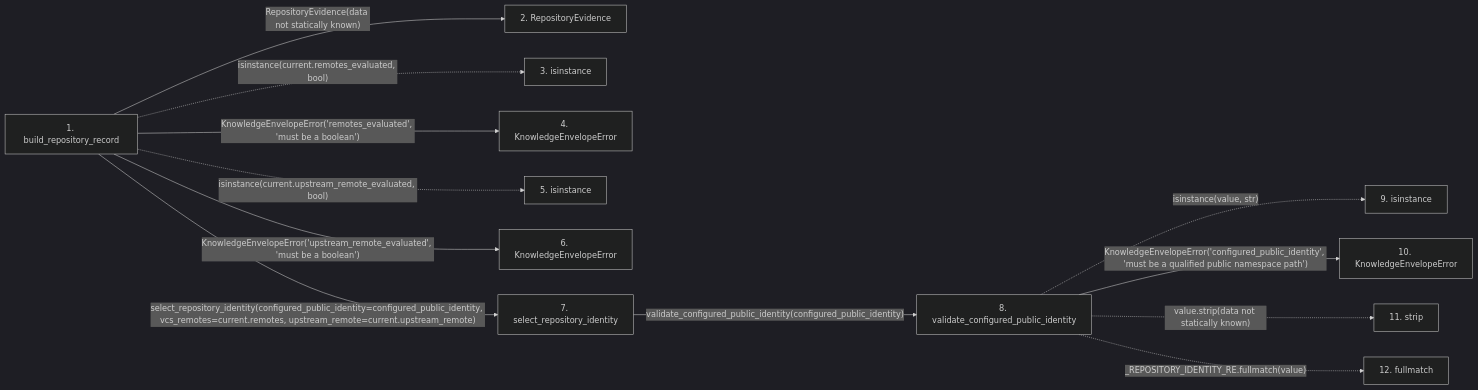
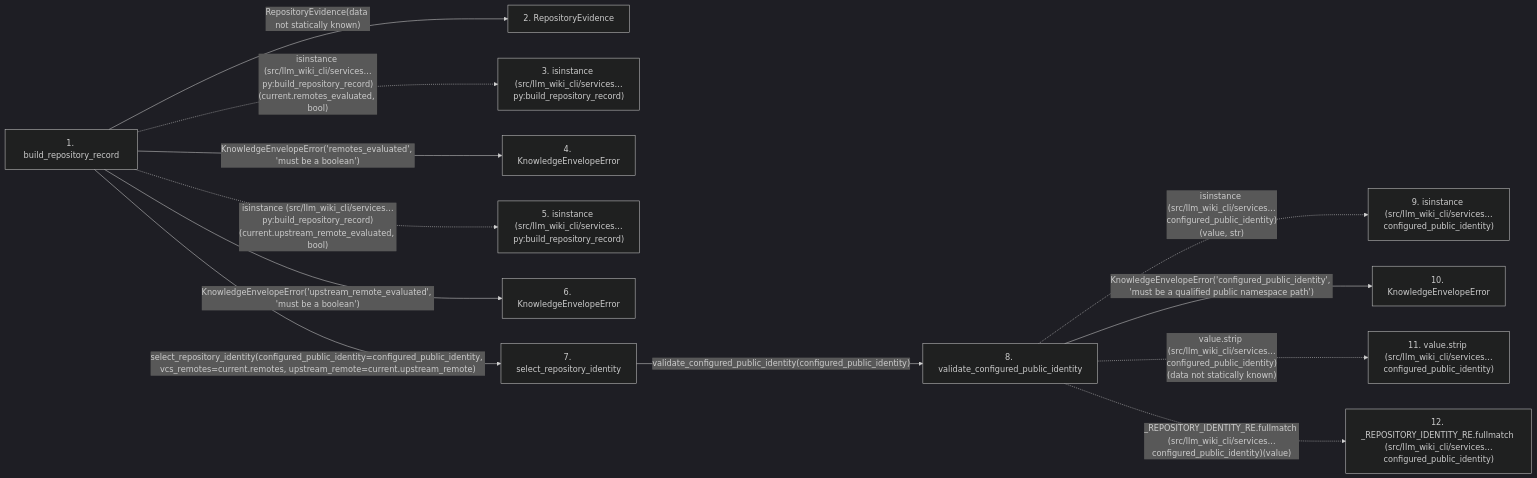
One commit to Denissvgn/python-wiki-llm changed the second of 2 diagrams in docs/llm_wiki/flows/api-build_repository_record.md. Above: the diagram before and after it, drawn with Mermaid (dark theme). The commit also changed other lines of this file and 719 other files, not shown here.

````diff
--- a/docs/llm_wiki/flows/api-build_repository_record.md
+++ b/docs/llm_wiki/flows/api-build_repository_record.md
@@ -66,33 +71,33 @@
 ```mermaid
 flowchart LR
     s1["1. build_repository_record"]
     s2["2. RepositoryEvidence"]
-    s3["3. isinstance"]
+    s3["3. isinstance (src/llm_wiki_cli/services…py:build_repository_record)"]
     s4["4. KnowledgeEnvelopeError"]
-    s5["5. isinstance"]
+    s5["5. isinstance (src/llm_wiki_cli/services…py:build_repository_record)"]
     s6["6. KnowledgeEnvelopeError"]
     s7["7. select_repository_identity"]
     s8["8. validate_configured_public_identity"]
-    s9["9. isinstance"]
+    s9["9. isinstance (src/llm_wiki_cli/services…configured_public_identity)"]
     s10["10. KnowledgeEnvelopeError"]
-    s11["11. strip"]
-    s12["12. fullmatch"]
+    s11["11. value.strip (src/llm_wiki_cli/services…configured_public_identity)"]
+    s12["12. _REPOSITORY_IDENTITY_RE.fullmatch (src/llm_wiki_cli/services…configured_public_identity)"]
     s1 -->|"RepositoryEvidence(data not statically known)"| s2
-    s1 -. "isinstance(current.remotes_evaluated, bool)" .-> s3
+    s1 -. "isinstance (src/llm_wiki_cli/services…py:build_repository_record)(current.remotes_evaluated, bool)" .-> s3
     s1 -->|"KnowledgeEnvelopeError('remotes_evaluated', 'must be a boolean')"| s4
-    s1 -. "isinstance(current.upstream_remote_evaluated, bool)" .-> s5
+    s1 -. "isinstance (src/llm_wiki_cli/services…py:build_repository_record)(current.upstream_remote_evaluated, bool)" .-> s5
     s1 -->|"KnowledgeEnvelopeError('upstream_remote_evaluated', 'must be a boolean')"| s6
     s1 -->|"select_repository_identity(configured_public_identity=configured_public_identity, vcs_remotes=current.remotes, upstream_remote=current.upstream_remote)"| s7
     s7 -->|"validate_configured_public_identity(configured_public_identity)"| s8
-    s8 -. "isinstance(value, str)" .-> s9
+    s8 -. "isinstance (src/llm_wiki_cli/services…configured_public_identity)(value, str)" .-> s9
     s8 -->|"KnowledgeEnvelopeError('configured_public_identity', 'must be a qualified public namespace path')"| s10
-    s8 -. "value.strip(data not statically known)" .-> s11
-    s8 -. "_REPOSITORY_IDENTITY_RE.fullmatch(value)" .-> s12
+    s8 -. "value.strip (src/llm_wiki_cli/services…configured_public_identity)(data not statically known)" .-> s11
+    s8 -. "_REPOSITORY_IDENTITY_RE.fullmatch (src/llm_wiki_cli/services…configured_public_identity)(value)" .-> s12
     click s1 "../modules/knowledge_envelope.md"
     click s2 "../modules/knowledge_envelope.md"
     click s4 "../modules/knowledge_envelope.md"
     click s6 "../modules/knowledge_envelope.md"
     click s7 "../modules/knowledge_envelope.md"
     click s8 "../modules/knowledge_envelope.md"
     click s10 "../modules/knowledge_envelope.md"
 ```
````
